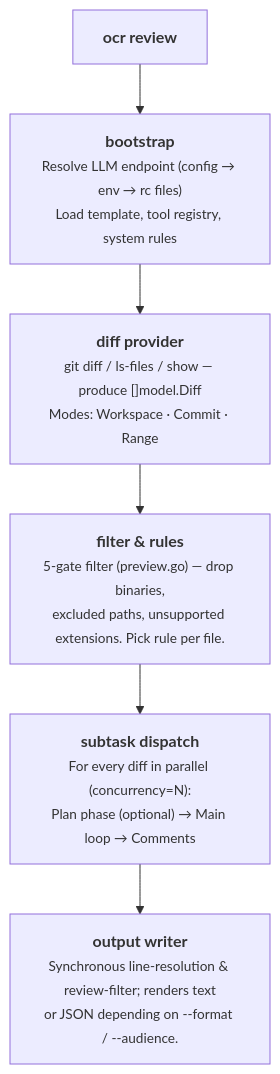
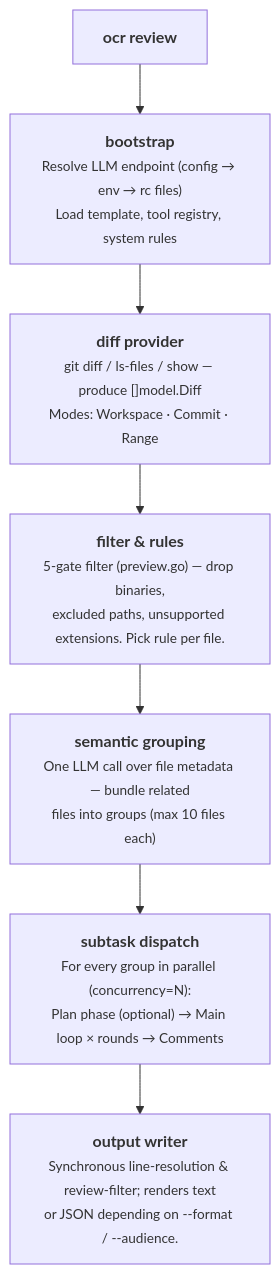
Before and after one commit to A1oha666/open-code-review: the first of 2 diagrams in pages/src/content/docs/en/architecture.md, drawn with Mermaid. The commit also changed other lines of this file and 67 other files, not shown here.

First line of the commit message:
feat(agent): group semantically related files for multi-file review (#808)

````diff
--- a/pages/src/content/docs/en/architecture.md
+++ b/pages/src/content/docs/en/architecture.md
@@ -14,11 +14,12 @@
 ```mermaid
 flowchart TD
     A["<b>ocr review</b>"]
     B["<b>bootstrap</b><br/><span style='font-size:0.85em'>Resolve LLM endpoint (config → env → rc files)<br/>Load template, tool registry, system rules</span>"]
     C["<b>diff provider</b><br/><span style='font-size:0.85em'>git diff / ls-files / show — produce []model.Diff<br/>Modes: Workspace · Commit · Range</span>"]
     D["<b>filter & rules</b><br/><span style='font-size:0.85em'>5-gate filter (preview.go) — drop binaries,<br/>excluded paths, unsupported extensions. Pick rule per file.</span>"]
-    E["<b>subtask dispatch</b><br/><span style='font-size:0.85em'>For every diff in parallel (concurrency=N):<br/>Plan phase (optional) → Main loop → Comments</span>"]
+    D2["<b>semantic grouping</b><br/><span style='font-size:0.85em'>One LLM call over file metadata — bundle related<br/>files into groups (max 10 files each)</span>"]
+    E["<b>subtask dispatch</b><br/><span style='font-size:0.85em'>For every group in parallel (concurrency=N):<br/>Plan phase (optional) → Main loop × rounds → Comments</span>"]
     F["<b>output writer</b><br/><span style='font-size:0.85em'>Synchronous line-resolution & review-filter; renders text<br/>or JSON depending on --format / --audience.</span>"]
 
-    A --> B --> C --> D --> E --> F
+    A --> B --> C --> D --> D2 --> E --> F
 ```
````
